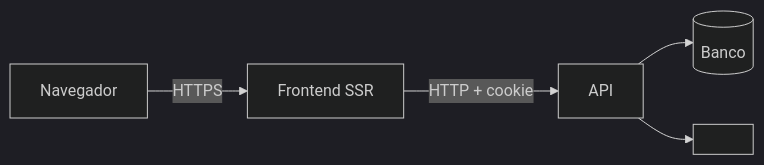
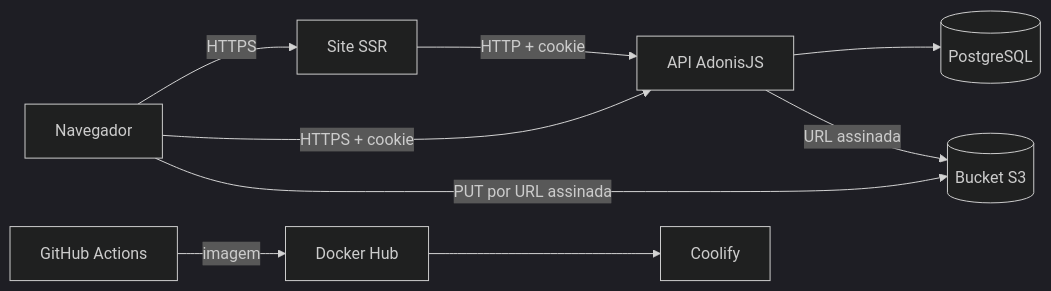
Before and after one commit to jhollyfer/interclasse: the diagram in docs/SECURITY.md, drawn with Mermaid (dark theme). The commit also changed other lines of this file and 2 other files, not shown here.

````diff
--- a/docs/SECURITY.md
+++ b/docs/SECURITY.md
@@ -26,7 +27,10 @@
 ```mermaid
 flowchart LR
-  user[Navegador] -->|HTTPS| web[Frontend SSR]
-  web -->|HTTP + cookie| api[API]
-  api --> db[(Banco)]
-  api --> ext[<Serviço externo>]
+  user[Navegador] -->|HTTPS| web[Site SSR]
+  web -->|HTTP + cookie| api[API AdonisJS]
+  user -->|HTTPS + cookie| api
+  user -->|PUT por URL assinada| bucket[(Bucket S3)]
+  api --> db[(PostgreSQL)]
+  api -->|URL assinada| bucket
+  ci[GitHub Actions] -->|imagem| hub[Docker Hub] --> coolify[Coolify]
 ```
````
